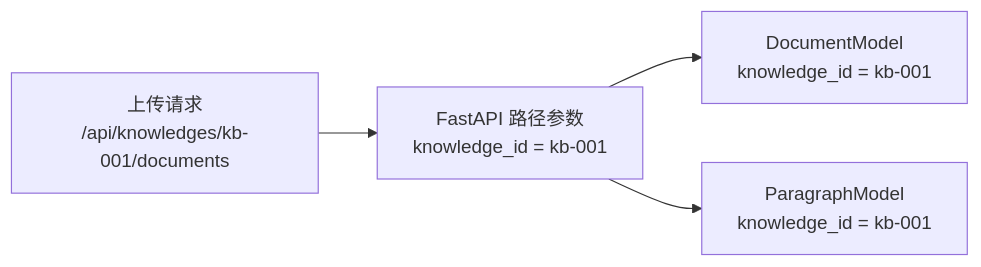
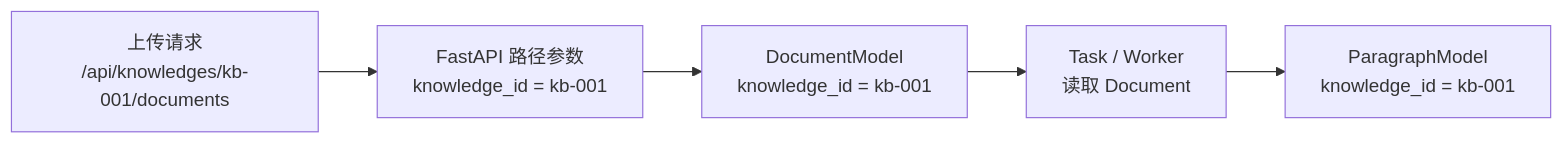
The diagram in mini-maxkb-rag/docs/database-orm-basics-learning.md (yhl-tech/agent-learn), drawn with Mermaid before and after one commit. The commit also changed other lines of this file and 19 other files, not shown here.

````diff
--- a/mini-maxkb-rag/docs/database-orm-basics-learning.md
+++ b/mini-maxkb-rag/docs/database-orm-basics-learning.md
@@ -795,11 +844,13 @@
 ```mermaid
 flowchart LR
     A["上传请求<br/>/api/knowledges/kb-001/documents"]
     B["FastAPI 路径参数<br/>knowledge_id = kb-001"]
     C["DocumentModel<br/>knowledge_id = kb-001"]
-    D["ParagraphModel<br/>knowledge_id = kb-001"]
+    D["Task / Worker<br/>读取 Document"]
+    E["ParagraphModel<br/>knowledge_id = kb-001"]
 
     A --> B
     B --> C
-    B --> D
+    C --> D
+    D --> E
 ```
````
